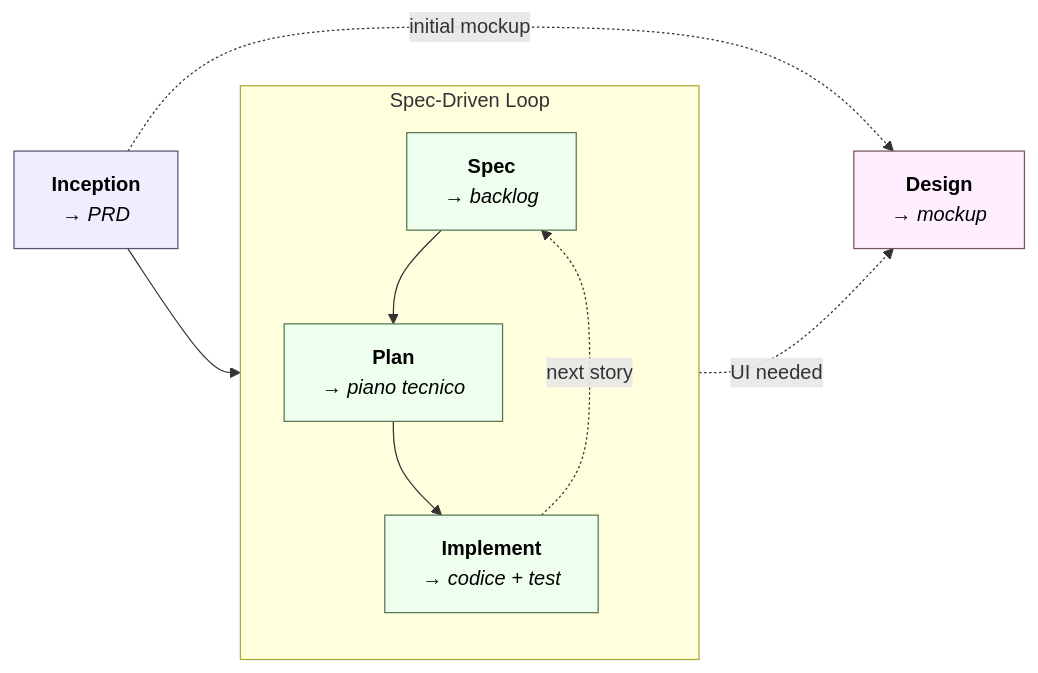
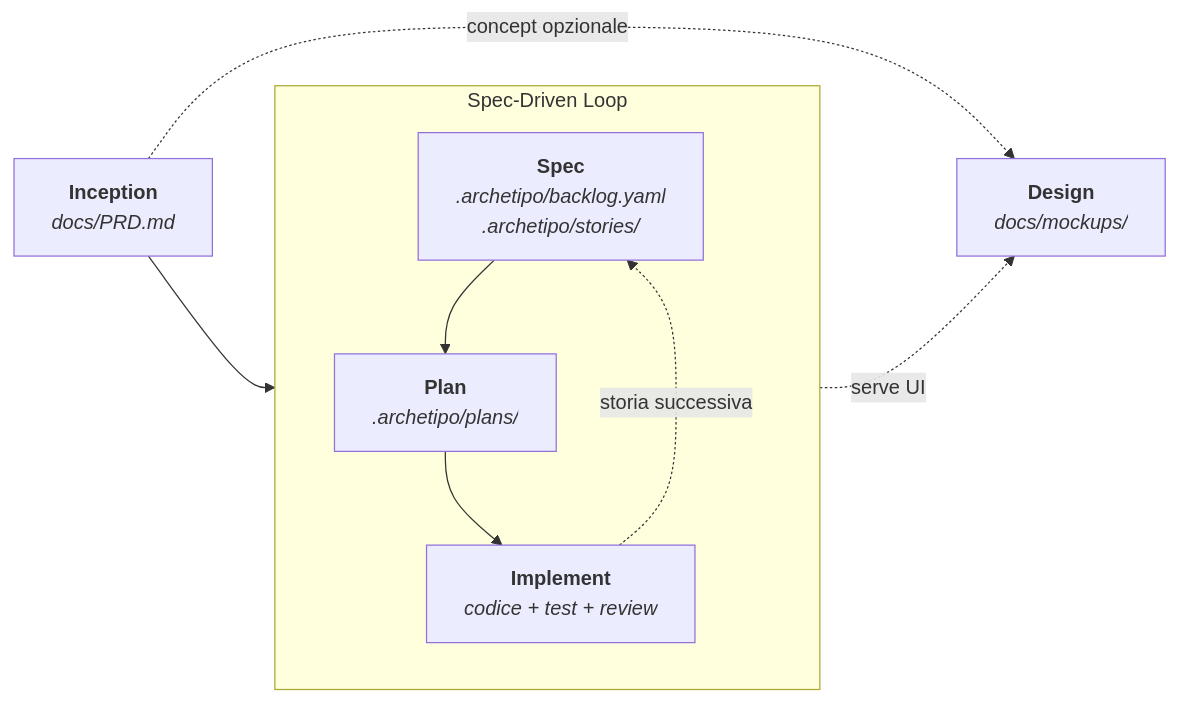
The diagram in README.it.md (techreloaded-ar/AIRchetipo), drawn with Mermaid before and after one commit. The commit also changed other lines of this file and 1 other file, not shown here.

````diff
--- a/README.it.md
+++ b/README.it.md
@@ -66,21 +74,14 @@
 ```mermaid
 flowchart LR
-    I["<b>Inception</b><br/><i>→ PRD</i>"] --> S
-    I -. initial mockup .-> D["<b>Design</b><br/><i>→ mockup</i>"]
+    I["<b>Inception</b><br/><i>docs/PRD.md</i>"] --> S
+    I -. concept opzionale .-> D["<b>Design</b><br/><i>docs/mockups/</i>"]
 
     subgraph Loop["Spec-Driven Loop"]
         direction TB
-        S["<b>Spec</b><br/><i>→ backlog</i>"] --> P["<b>Plan</b><br/><i>→ piano tecnico</i>"]
-        P --> IM["<b>Implement</b><br/><i>→ codice + test</i>"]
-        IM -. next story .-> S
+        S["<b>Spec</b><br/><i>.archetipo/backlog.yaml<br/>.archetipo/stories/</i>"] --> P["<b>Plan</b><br/><i>.archetipo/plans/</i>"]
+        P --> IM["<b>Implement</b><br/><i>codice + test + review</i>"]
+        IM -. storia successiva .-> S
     end
 
-    P -. UI needed .-> D
-
-    classDef oneshot fill:#eef,stroke:#557,stroke-width:1px,color:#000;
-    classDef loop fill:#efe,stroke:#575,stroke-width:1px,color:#000;
-    classDef aside fill:#fef,stroke:#755,stroke-width:1px,color:#000;
-    class I oneshot;
-    class S,P,IM loop;
-    class D aside;
+    P -. serve UI .-> D
 ```
````
